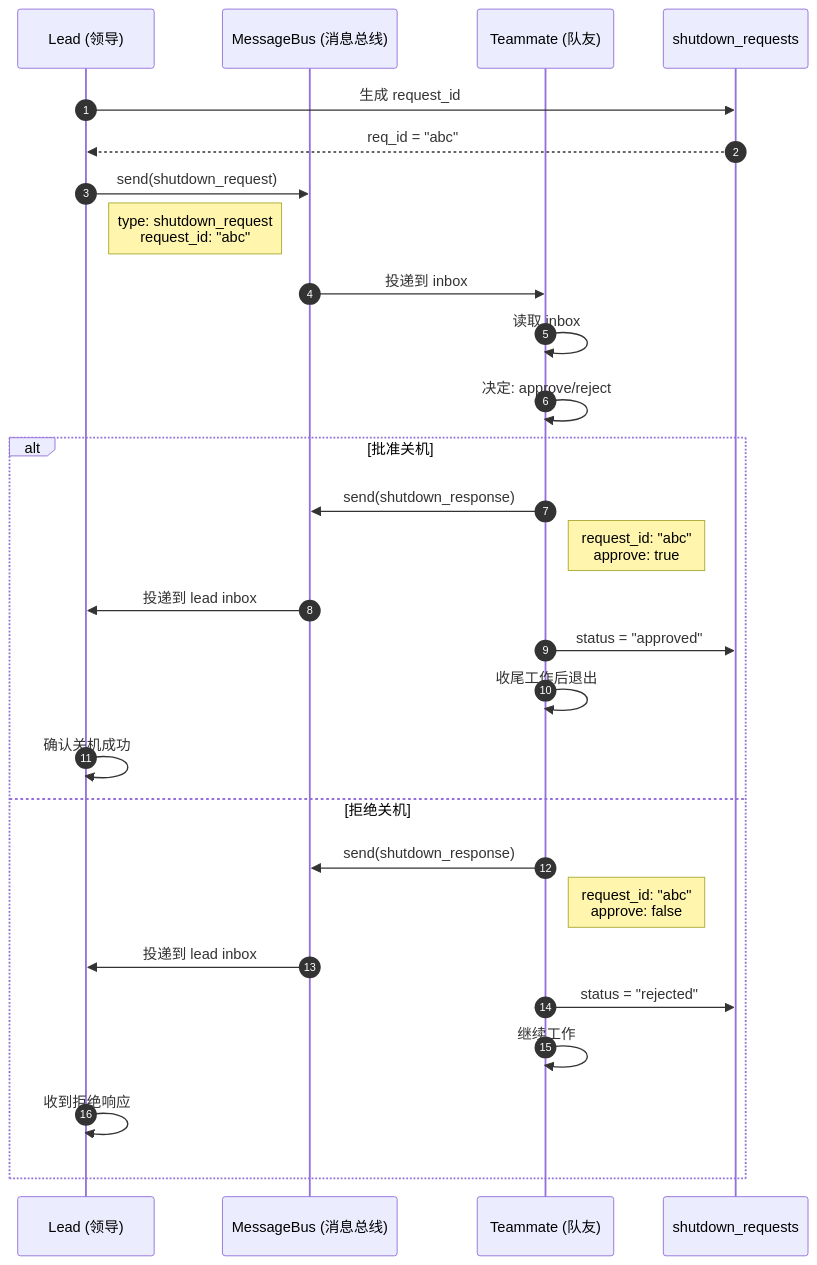
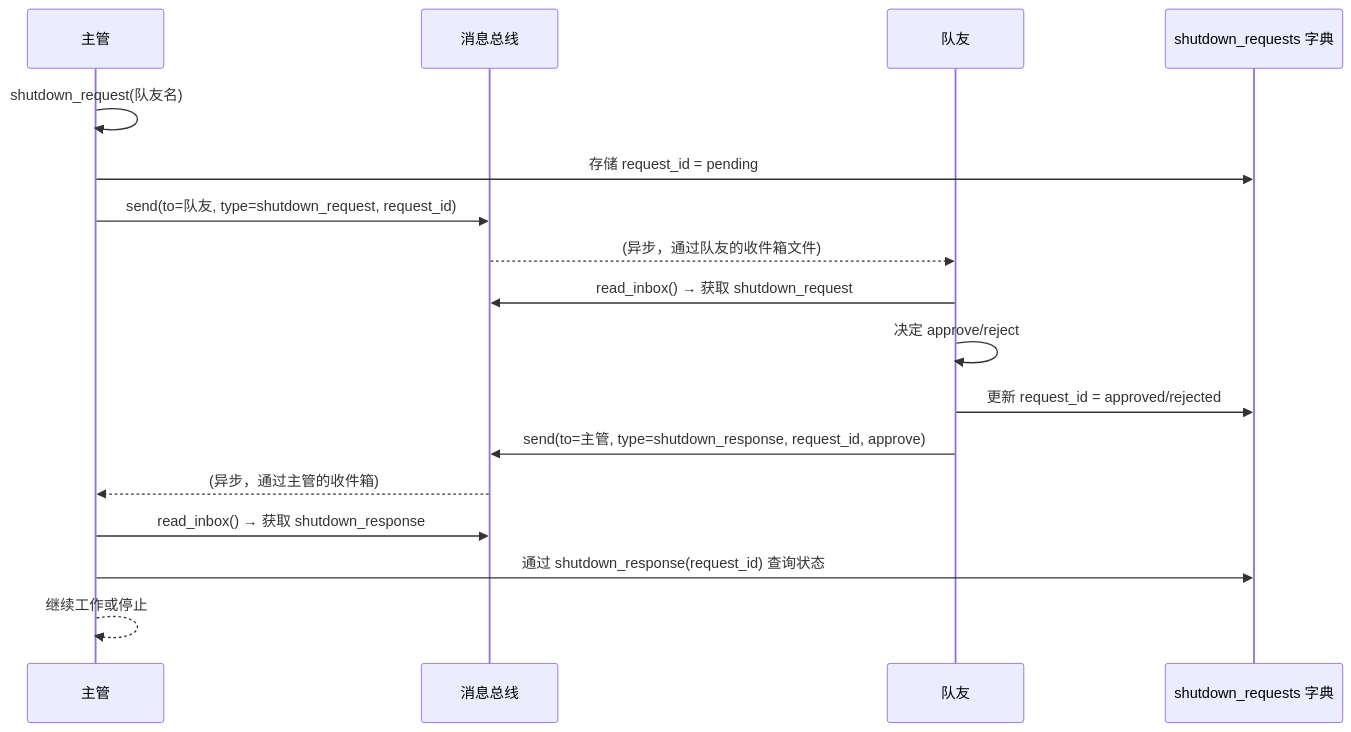
Before and after one commit to dusx1981/learn-claude-code: the first of 3 diagrams in docs/zh/s10-team-protocols.md, drawn with Mermaid. The commit also changed other lines of this file, not shown here.

Commit message:
更新流程图

````diff
--- a/docs/zh/s10-team-protocols.md
+++ b/docs/zh/s10-team-protocols.md
@@ -47,32 +47,22 @@
 ```mermaid
 sequenceDiagram
-    autonumber
-    participant Lead as Lead (领导)
-    participant Bus as MessageBus (消息总线)
-    participant Teammate as Teammate (队友)
-    participant Tracker as shutdown_requests
+    participant 主管
+    participant 消息总线
+    participant 队友
+    participant 追踪器 as shutdown_requests 字典
 
-    Lead->>Tracker: 生成 request_id
-    Tracker-->>Lead: req_id = "abc"
-    Lead->>Bus: send(shutdown_request)
-    Note right of Lead: type: shutdown_request<br/>request_id: "abc"
-    Bus->>Teammate: 投递到 inbox
-    Teammate->>Teammate: 读取 inbox
-    Teammate->>Teammate: 决定: approve/reject
-    
-    alt 批准关机
-        Teammate->>Bus: send(shutdown_response)
-        Note right of Teammate: request_id: "abc"<br/>approve: true
-        Bus->>Lead: 投递到 lead inbox
-        Teammate->>Tracker: status = "approved"
-        Teammate->>Teammate: 收尾工作后退出
-        Lead->>Lead: 确认关机成功
-    else 拒绝关机
-        Teammate->>Bus: send(shutdown_response)
-        Note right of Teammate: request_id: "abc"<br/>approve: false
-        Bus->>Lead: 投递到 lead inbox
-        Teammate->>Tracker: status = "rejected"
-        Teammate->>Teammate: 继续工作
-        Lead->>Lead: 收到拒绝响应
-    end
+    主管->>主管: shutdown_request(队友名)
+    主管->>追踪器: 存储 request_id = pending
+    主管->>消息总线: send(to=队友, type=shutdown_request, request_id)
+    消息总线-->>队友: (异步，通过队友的收件箱文件)
+
+    队友->>消息总线: read_inbox() → 获取 shutdown_request
+    队友->>队友: 决定 approve/reject
+    队友->>追踪器: 更新 request_id = approved/rejected
+    队友->>消息总线: send(to=主管, type=shutdown_response, request_id, approve)
+    消息总线-->>主管: (异步，通过主管的收件箱)
+
+    主管->>消息总线: read_inbox() → 获取 shutdown_response
+    主管->>追踪器: 通过 shutdown_response(request_id) 查询状态
+    主管-->>主管: 继续工作或停止
 ```
````
